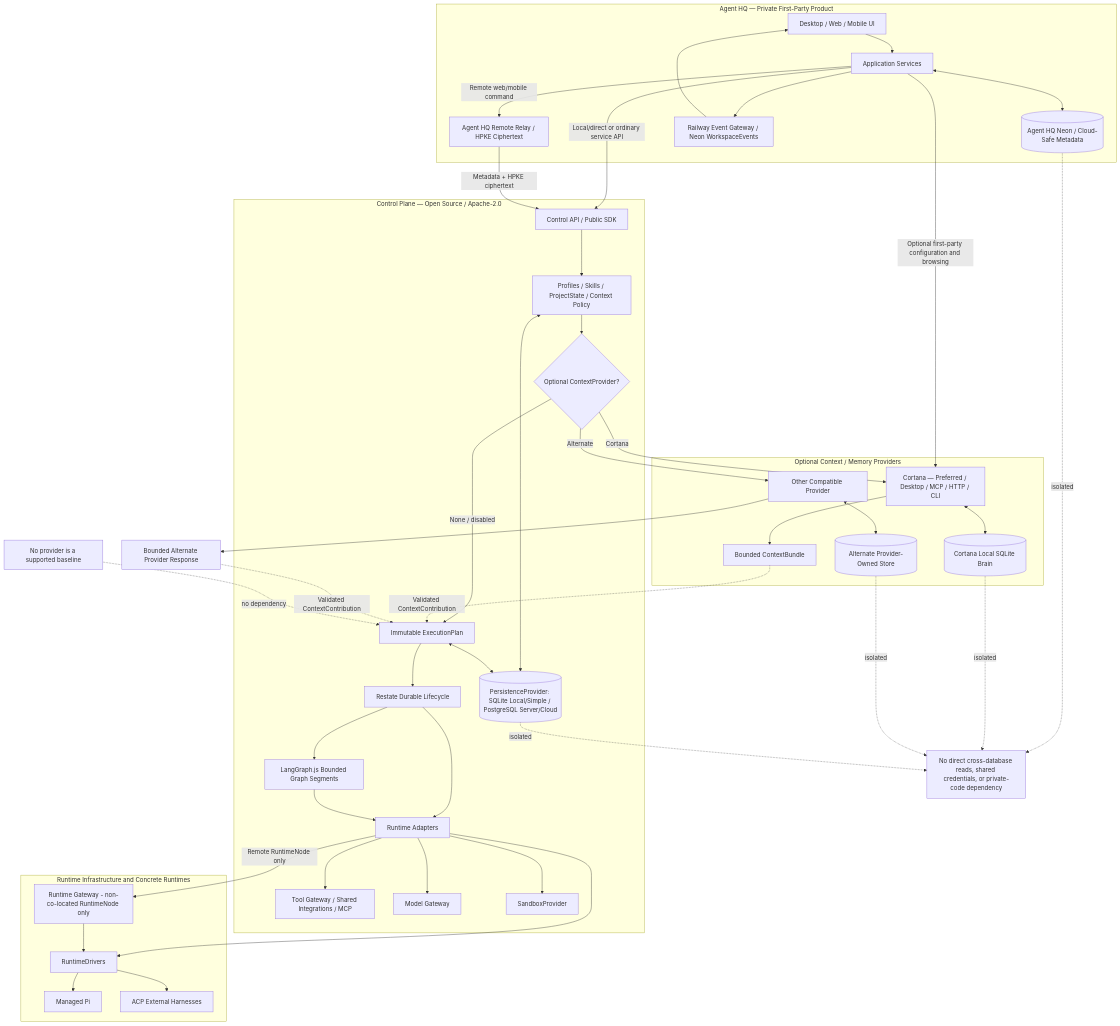
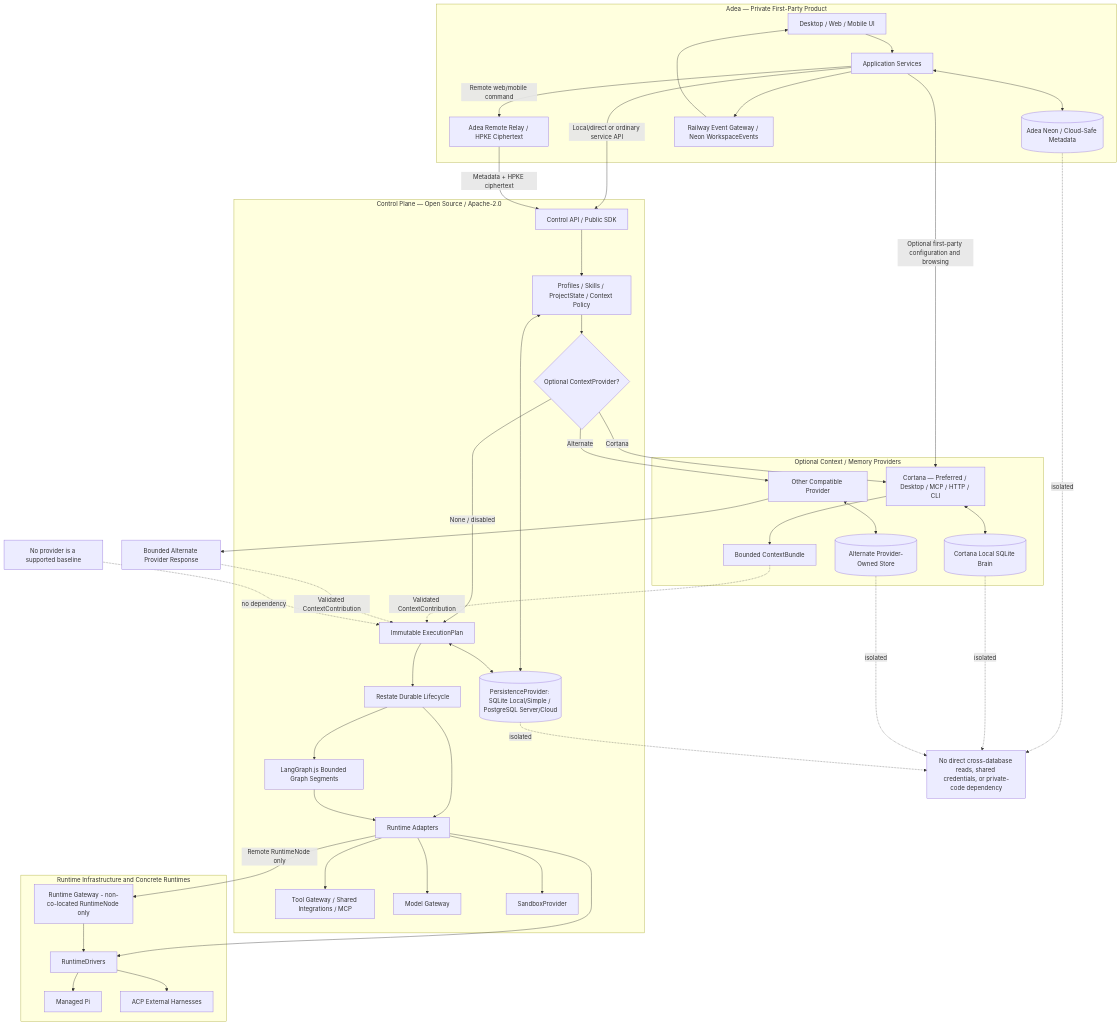
Before and after one commit to adea-ai/adea: the second of 18 diagrams in docs/architecture/diagram-sources.md, drawn with Mermaid. The commit also changed other lines of this file and 72 other files, not shown here.

Commit message:
chore(brand): rename user-visible Agent HQ strings to Adea (#257)

````diff
--- a/docs/architecture/diagram-sources.md
+++ b/docs/architecture/diagram-sources.md
@@ -42,75 +42,75 @@
 ```mermaid
 flowchart TB
-    subgraph HQ["Agent HQ — Private First-Party Product"]
+    subgraph HQ["Adea — Private First-Party Product"]
         C[Desktop / Web / Mobile UI]
         API[Application Services]
-        HQDB[(Agent HQ Neon / Cloud-Safe Metadata)]
-        RELAY[Agent HQ Remote Relay / HPKE Ciphertext]
+        HQDB[(Adea Neon / Cloud-Safe Metadata)]
+        RELAY[Adea Remote Relay / HPKE Ciphertext]
         EVT[Railway Event Gateway / Neon WorkspaceEvents]
     end
     subgraph CP["Control Plane — Open Source / Apache-2.0"]
         CPAPI[Control API / Public SDK]
         POL[Profiles / Skills / ProjectState / Context Policy]
         CPO{Optional ContextProvider?}
         PLAN[Immutable ExecutionPlan]
         TW[Restate Durable Lifecycle]
         LG[LangGraph.js Bounded Graph Segments]
         RA[Runtime Adapters]
         TG[Tool Gateway / Shared Integrations / MCP]
         MG[Model Gateway]
         SB[SandboxProvider]
         CPDB[(PersistenceProvider: SQLite Local/Simple / PostgreSQL Server/Cloud)]
     end
     subgraph CT["Optional Context / Memory Providers"]
         CTAPI[Cortana — Preferred / Desktop / MCP / HTTP / CLI]
         CB[Bounded ContextBundle]
         CTDB[(Cortana Local SQLite Brain)]
         ALT[Other Compatible Provider]
         ALTDB[(Alternate Provider-Owned Store)]
     end
     subgraph RuntimeInfra["Runtime Infrastructure and Concrete Runtimes"]
         RG[Runtime Gateway - non-co-located RuntimeNode only]
         DR[RuntimeDrivers]
         PI[Managed Pi]
         EXT[ACP External Harnesses]
     end
     C --> API
     API <--> HQDB
     API --> EVT
     EVT --> C
     API -->|Local/direct or ordinary service API| CPAPI
     API -->|Remote web/mobile command| RELAY
     RELAY -->|Metadata + HPKE ciphertext| CPAPI
     API -->|Optional first-party configuration and browsing| CTAPI
     CPAPI --> POL
     POL --> CPO
     POL <--> CPDB
     PLAN <--> CPDB
     CPO -->|None / disabled| PLAN
     CPO -->|Cortana| CTAPI
     CPO -->|Alternate| ALT
     PLAN --> TW
     TW --> RA
     TW --> LG
     LG --> RA
     RA --> TG
     RA --> MG
     RA --> SB
     RA --> DR
     RA -->|Remote RuntimeNode only| RG
     CTAPI <--> CTDB
     CTAPI --> CB
     ALT <--> ALTDB
     ALT --> ACB[Bounded Alternate Provider Response]
     CB -. Validated ContextContribution .-> PLAN
     ACB -. Validated ContextContribution .-> PLAN
     RG --> DR
     DR --> PI
     DR --> EXT
     NOTE[No direct cross-database reads, shared credentials, or private-code dependency]
     HQDB -. isolated .-> NOTE
     CPDB -. isolated .-> NOTE
     CTDB -. isolated .-> NOTE
     ALTDB -. isolated .-> NOTE
     NONE[No provider is a supported baseline] -. no dependency .-> PLAN
 ```
````
